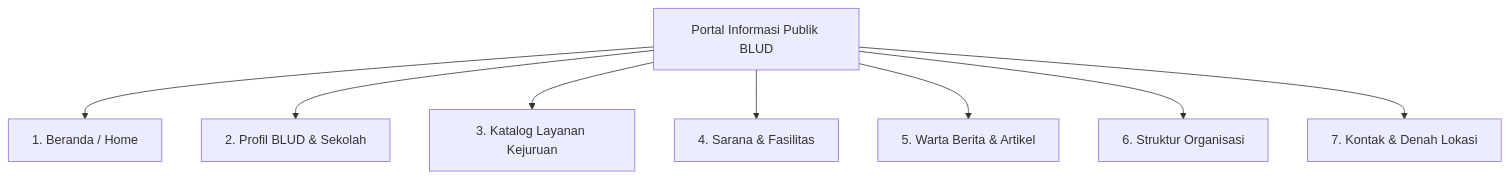
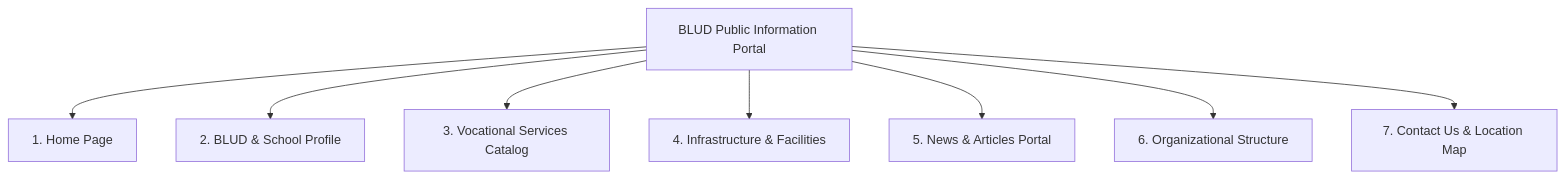
The first of 2 diagrams in document/features.md (zan-ux/BLUD_SMKN2PURWAKARTA), drawn with Mermaid before and after one commit. The commit also changed other lines of this file and 7 other files, not shown here.

Commit message:
modified:   README.md 	modified:   document/README.md 	modified:   document/api.md 	modified:   document/architecture.md 	modified:   document/auth.md 	modified:   document/database.md 	modified:   document/features.md 	modified:   document/setup.md

````diff
--- a/document/features.md
+++ b/document/features.md
@@ -11,12 +11,12 @@
 ```mermaid
 graph TD
-    PublicPortal[Portal Informasi Publik BLUD]
+    PublicPortal[BLUD Public Information Portal]
     
-    PublicPortal --> Home[1. Beranda / Home]
-    PublicPortal --> Profile[2. Profil BLUD & Sekolah]
-    PublicPortal --> Services[3. Katalog Layanan Kejuruan]
-    PublicPortal --> Facilities[4. Sarana & Fasilitas]
-    PublicPortal --> News[5. Warta Berita & Artikel]
-    PublicPortal --> Organigram[6. Struktur Organisasi]
-    PublicPortal --> Contact[7. Kontak & Denah Lokasi]
+    PublicPortal --> Home[1. Home Page]
+    PublicPortal --> Profile[2. BLUD & School Profile]
+    PublicPortal --> Services[3. Vocational Services Catalog]
+    PublicPortal --> Facilities[4. Infrastructure & Facilities]
+    PublicPortal --> News[5. News & Articles Portal]
+    PublicPortal --> Organigram[6. Organizational Structure]
+    PublicPortal --> Contact[7. Contact Us & Location Map]
 ```
````
